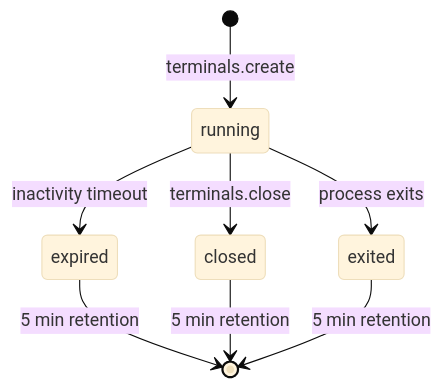
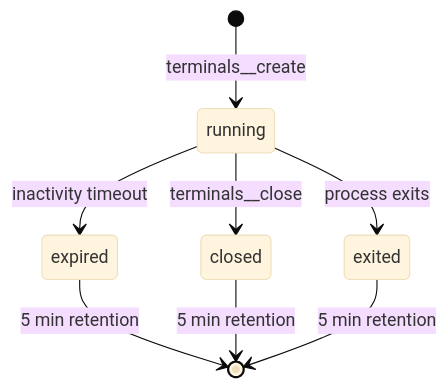
One commit to smithery-ai/flamecast changed the second of 4 diagrams in NEW_SPEC.md. Above: the diagram before and after it, drawn with Mermaid (base theme). The commit also changed other lines of this file and 5 other files, not shown here.

````diff
--- a/NEW_SPEC.md
+++ b/NEW_SPEC.md
@@ -369,10 +369,10 @@
 ```mermaid
 stateDiagram-v2
-    [*] --> running : terminals.create
+    [*] --> running : terminals__create
     running --> expired : inactivity timeout
-    running --> closed : terminals.close
+    running --> closed : terminals__close
     running --> exited : process exits
     expired --> [*] : 5 min retention
     closed --> [*] : 5 min retention
     exited --> [*] : 5 min retention
 ```
````
